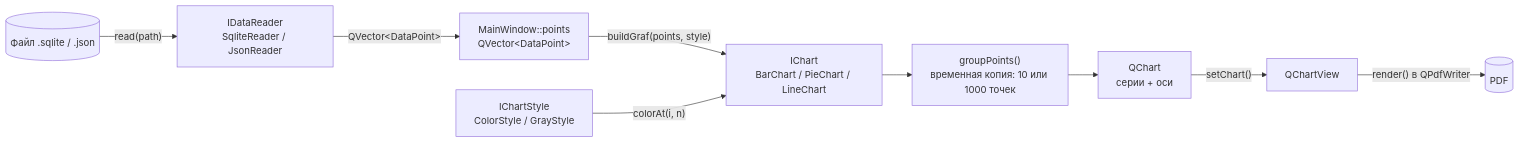
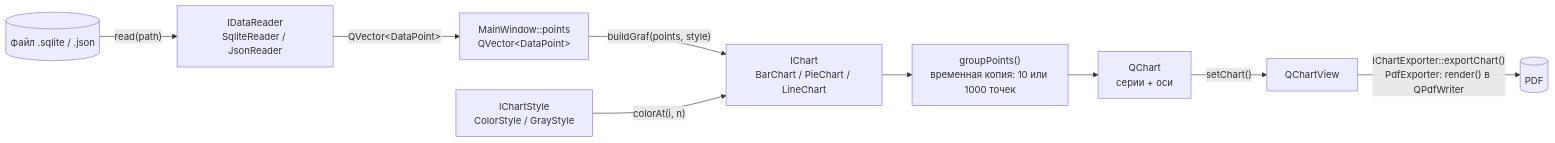
Before and after one commit to ytochkaa/widgets: the first of 4 diagrams in README.md, drawn with Mermaid. The commit also changed other lines of this file and 10 other files, not shown here.

Commit message:
все реализации регистрируются в IoC-контейнере в точке композиции, печать вынесена в PdfExporter

````diff
--- a/README.md
+++ b/README.md
@@ -140,21 +161,21 @@
 ```mermaid
 flowchart LR
     file[("Файл .sqlite / .json")]
     reader["IDataReader<br/>SqliteReader / JsonReader"]
     points["MainWindow::points<br/>QVector#lt;DataPoint#gt;"]
     chart["IChart<br/>BarChart / PieChart / LineChart"]
     groups["groupPoints()<br/>временная копия: 10 или 1000 точек"]
     chartStyle["IChartStyle<br/>ColorStyle / GrayStyle"]
     qchart["QChart<br/>серии + оси"]
     view["QChartView"]
     pdf[("PDF")]
 
     file -->|"read(path)"| reader
     reader -->|"QVector#lt;DataPoint#gt;"| points
     points -->|"buildGraf(points, style)"| chart
     chart --> groups
     chartStyle -->|"colorAt(i, n)"| chart
     groups --> qchart
     qchart -->|"setChart()"| view
-    view -->|"render() в QPdfWriter"| pdf
+    view -->|"IChartExporter::exportChart()<br/>PdfExporter: render() в QPdfWriter"| pdf
 ```
````
